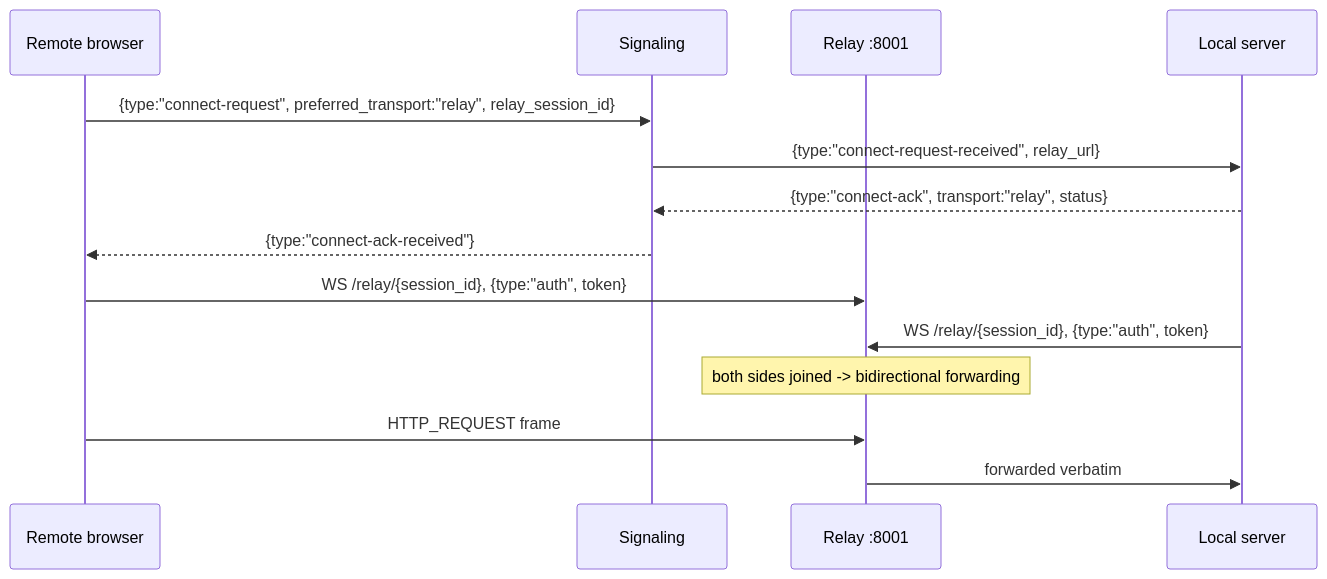
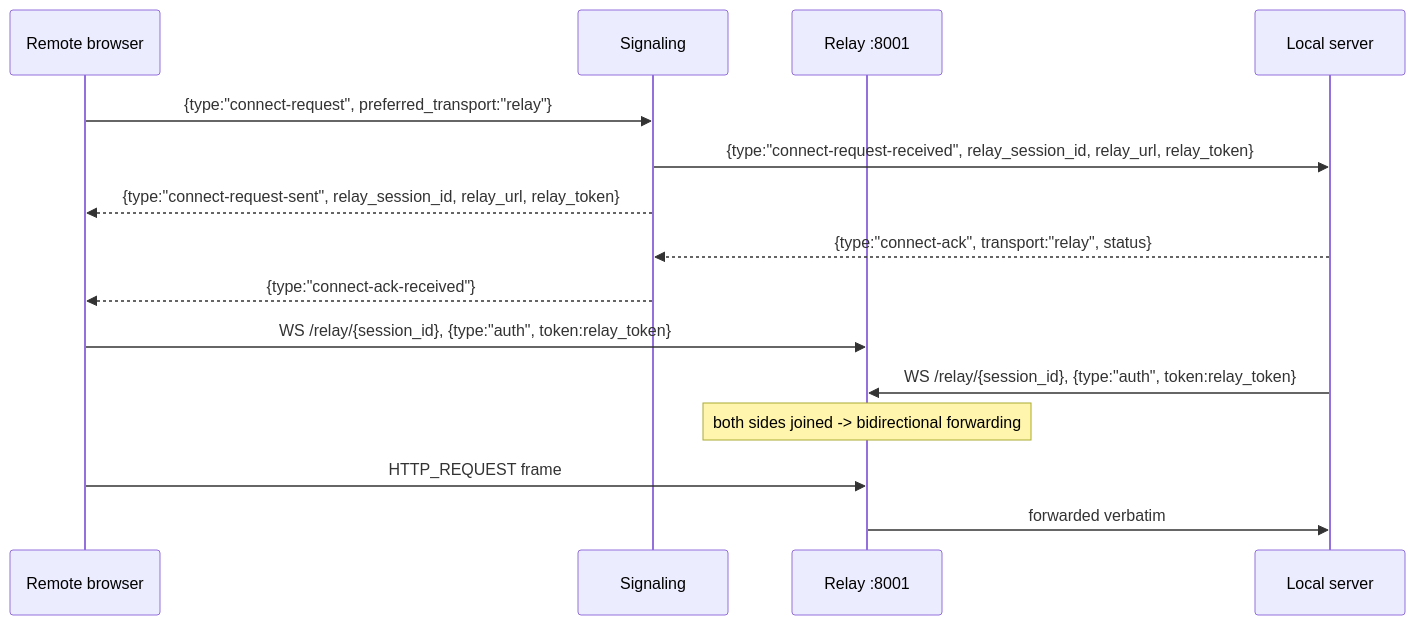
Before and after one commit to lem-app/lem: the sixth of 6 diagrams in docs/architecture.md, drawn with Mermaid. The commit also changed other lines of this file and 4 other files, not shown here.

````diff
--- a/docs/architecture.md
+++ b/docs/architecture.md
@@ -333,17 +346,18 @@
 ```mermaid
 sequenceDiagram
   participant RB as Remote browser
   participant SIG as Signaling
   participant REL as Relay :8001
   participant LS as Local server
 
-  RB->>SIG: {type:"connect-request", preferred_transport:"relay", relay_session_id}
-  SIG->>LS: {type:"connect-request-received", relay_url}
+  RB->>SIG: {type:"connect-request", preferred_transport:"relay"}
+  SIG->>LS: {type:"connect-request-received", relay_session_id, relay_url, relay_token}
+  SIG-->>RB: {type:"connect-request-sent", relay_session_id, relay_url, relay_token}
   LS-->>SIG: {type:"connect-ack", transport:"relay", status}
   SIG-->>RB: {type:"connect-ack-received"}
-  RB->>REL: WS /relay/{session_id}, {type:"auth", token}
-  LS->>REL: WS /relay/{session_id}, {type:"auth", token}
+  RB->>REL: WS /relay/{session_id}, {type:"auth", token:relay_token}
+  LS->>REL: WS /relay/{session_id}, {type:"auth", token:relay_token}
   Note over REL: both sides joined -> bidirectional forwarding
   RB->>REL: HTTP_REQUEST frame
   REL->>LS: forwarded verbatim
 ```
````
